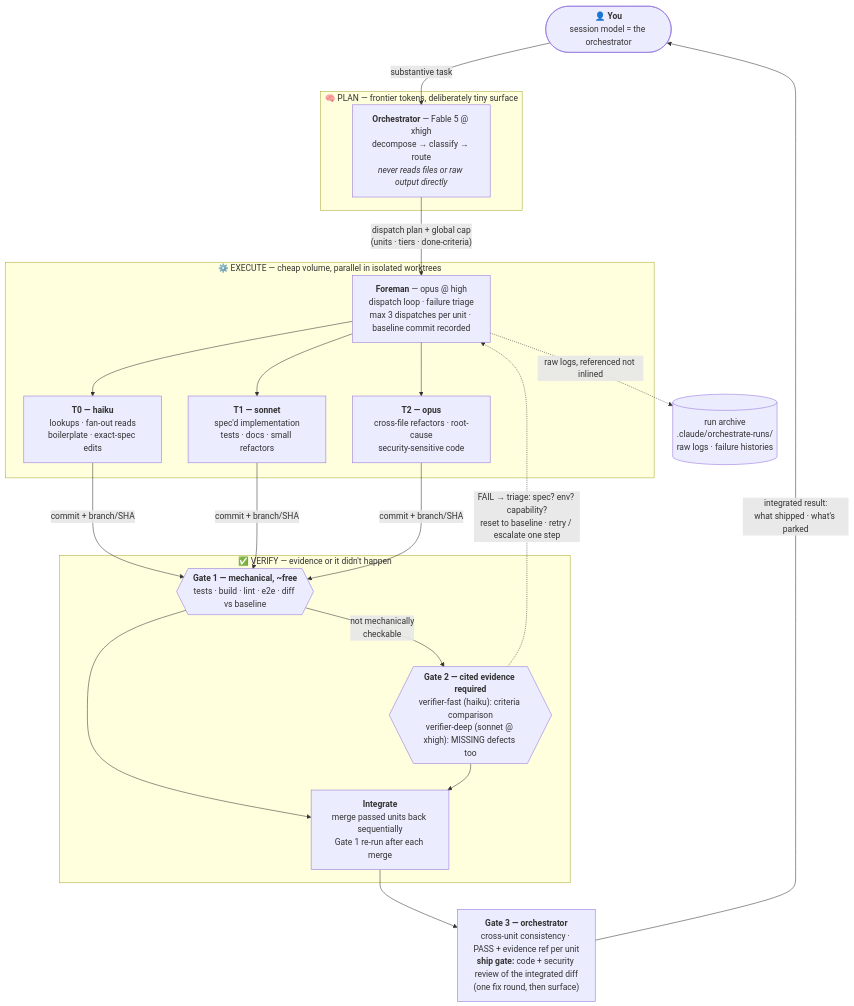
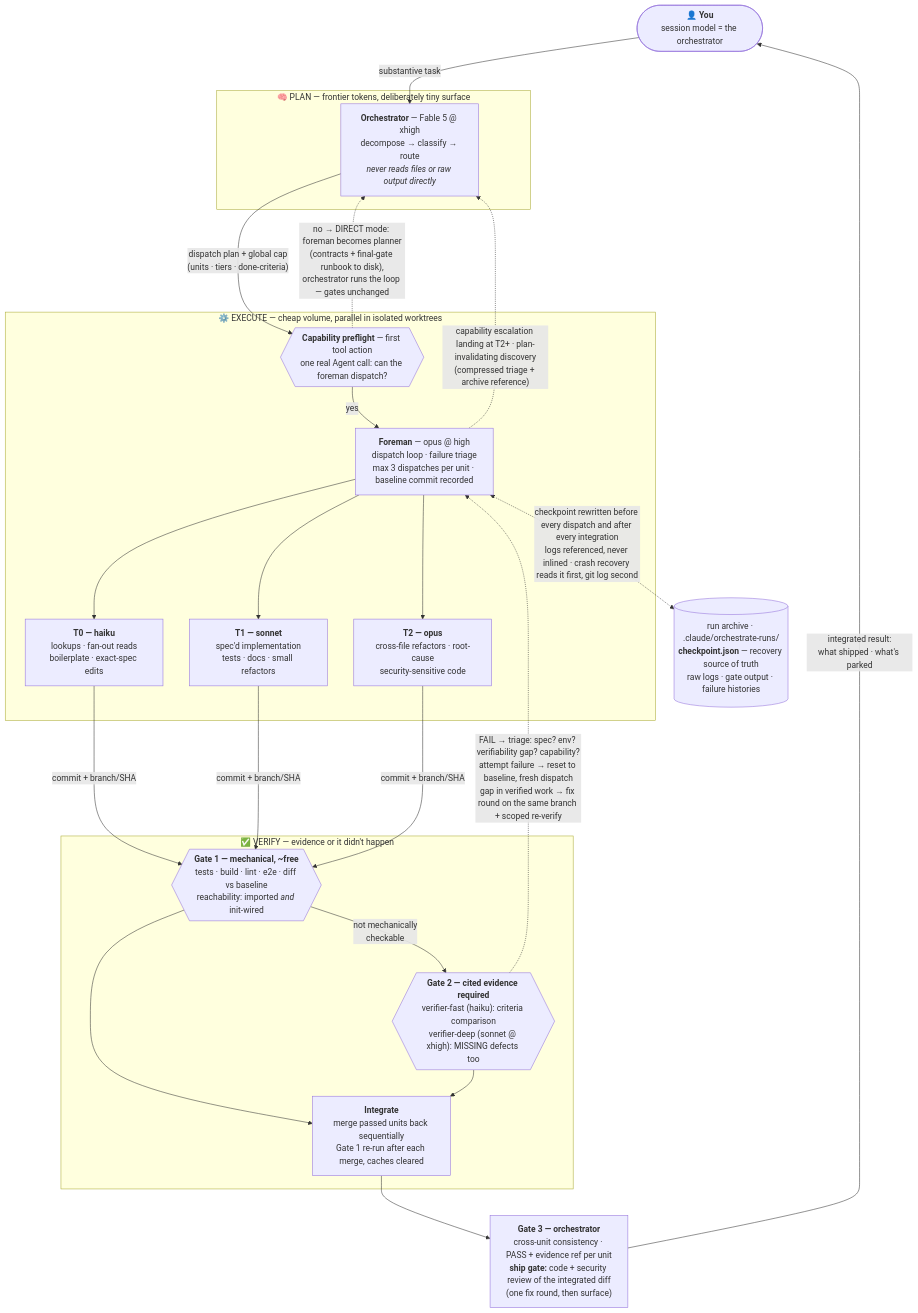
The diagram in README.md (midego1/claude-orchestrate), drawn with Mermaid before and after one commit. The commit also changed other lines of this file, not shown here.

````diff
--- a/README.md
+++ b/README.md
@@ -132,36 +135,40 @@
 ```mermaid
 flowchart TB
     YOU(["👤 <b>You</b><br/>session model = the orchestrator"])
 
     subgraph PLAN["&nbsp;🧠 PLAN — frontier tokens, deliberately tiny surface&nbsp;"]
         O["<b>Orchestrator</b> — Fable 5 @ xhigh<br/>decompose → classify → route<br/><i>never reads files or raw output directly</i>"]
     end
 
     subgraph EXEC["&nbsp;⚙️ EXECUTE — cheap volume, parallel in isolated worktrees&nbsp;"]
+        PF{{"<b>Capability preflight</b> — first tool action<br/>one real Agent call: can the foreman dispatch?"}}
         F["<b>Foreman</b> — opus @ high<br/>dispatch loop · failure triage<br/>max 3 dispatches per unit · baseline commit recorded"]
         W0["<b>T0 — haiku</b><br/>lookups · fan-out reads<br/>boilerplate · exact-spec edits"]
         W1["<b>T1 — sonnet</b><br/>spec'd implementation<br/>tests · docs · small refactors"]
         W2["<b>T2 — opus</b><br/>cross-file refactors · root-cause<br/>security-sensitive code"]
+        PF -->|"yes"| F
         F --> W0 & W1 & W2
     end
 
     subgraph VERIFY["&nbsp;✅ VERIFY — evidence or it didn't happen&nbsp;"]
-        G1{{"<b>Gate 1 — mechanical, ~free</b><br/>tests · build · lint · e2e · diff vs baseline"}}
+        G1{{"<b>Gate 1 — mechanical, ~free</b><br/>tests · build · lint · e2e · diff vs baseline<br/>reachability: imported <i>and</i> init-wired"}}
         G2{{"<b>Gate 2 — cited evidence required</b><br/>verifier-fast (haiku): criteria comparison<br/>verifier-deep (sonnet @ xhigh): MISSING defects too"}}
-        MERGE["<b>Integrate</b><br/>merge passed units back sequentially<br/>Gate 1 re-run after each merge"]
+        MERGE["<b>Integrate</b><br/>merge passed units back sequentially<br/>Gate 1 re-run after each merge, caches cleared"]
     end
 
     G3["<b>Gate 3 — orchestrator</b><br/>cross-unit consistency · PASS + evidence ref per unit<br/><b>ship gate:</b> code + security review of the integrated diff<br/>(one fix round, then surface)"]
-    AR[("run archive<br/>.claude/orchestrate-runs/<br/>raw logs · failure histories")]
+    AR[("run archive · .claude/orchestrate-runs/<br/><b>checkpoint.json</b> — recovery source of truth<br/>raw logs · gate output · failure histories")]
 
     YOU -->|"substantive task"| O
-    O -->|"dispatch plan + global cap<br/>(units · tiers · done-criteria)"| F
+    O -->|"dispatch plan + global cap<br/>(units · tiers · done-criteria)"| PF
+    PF -. "no → DIRECT mode: foreman becomes planner<br/>(contracts + final-gate runbook to disk),<br/>orchestrator runs the loop — gates unchanged" .-> O
     W0 & W1 & W2 -->|"commit + branch/SHA"| G1
     G1 -->|"not mechanically<br/>checkable"| G2
     G1 --> MERGE
     G2 --> MERGE
-    G2 -. "FAIL → triage: spec? env? capability?<br/>reset to baseline · retry / escalate one step" .-> F
-    F -.->|"raw logs, referenced not inlined"| AR
+    G2 -. "FAIL → triage: spec? env? verifiability gap? capability?<br/>attempt failure → reset to baseline, fresh dispatch<br/>gap in verified work → fix round on the same branch + scoped re-verify" .-> F
+    F -. "capability escalation landing at T2+ · plan-invalidating discovery<br/>(compressed triage + archive reference)" .-> O
+    F <-. "checkpoint rewritten before every dispatch and after every integration<br/>logs referenced, never inlined · crash recovery reads it first, git log second" .-> AR
     MERGE --> G3
     G3 -->|"integrated result:<br/>what shipped · what's parked"| YOU
 ```
````
